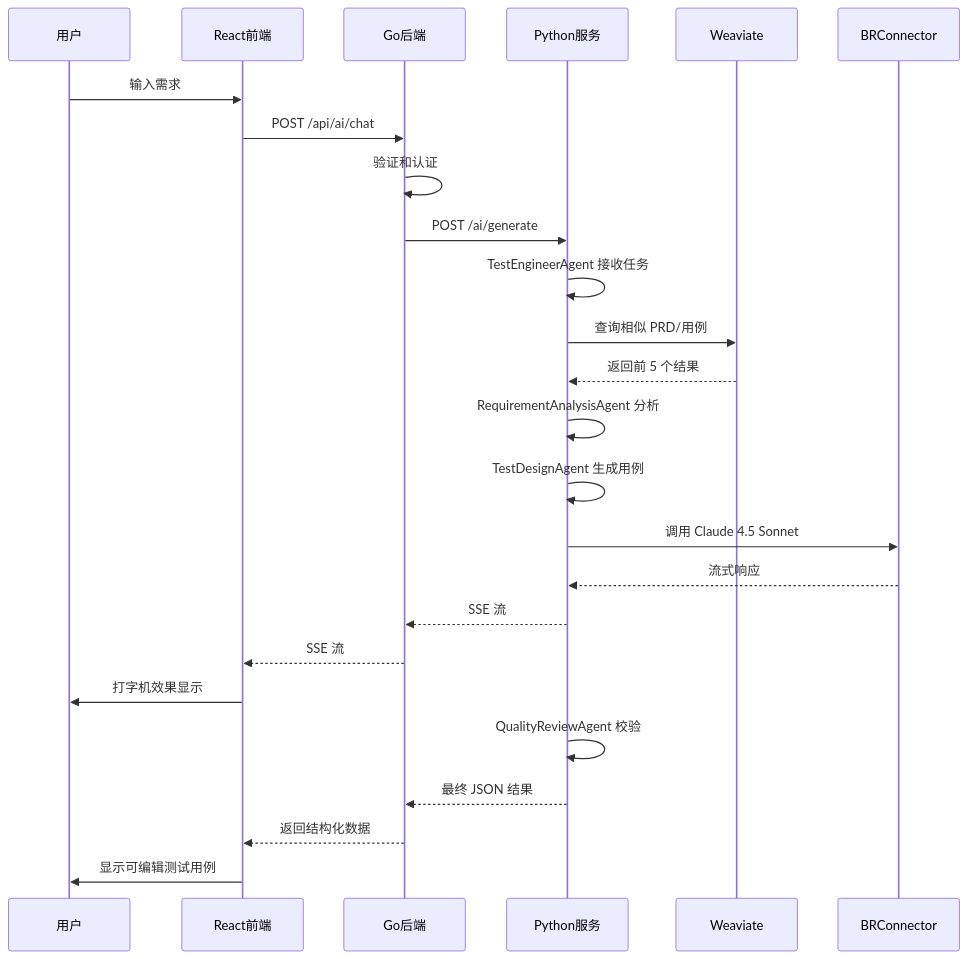
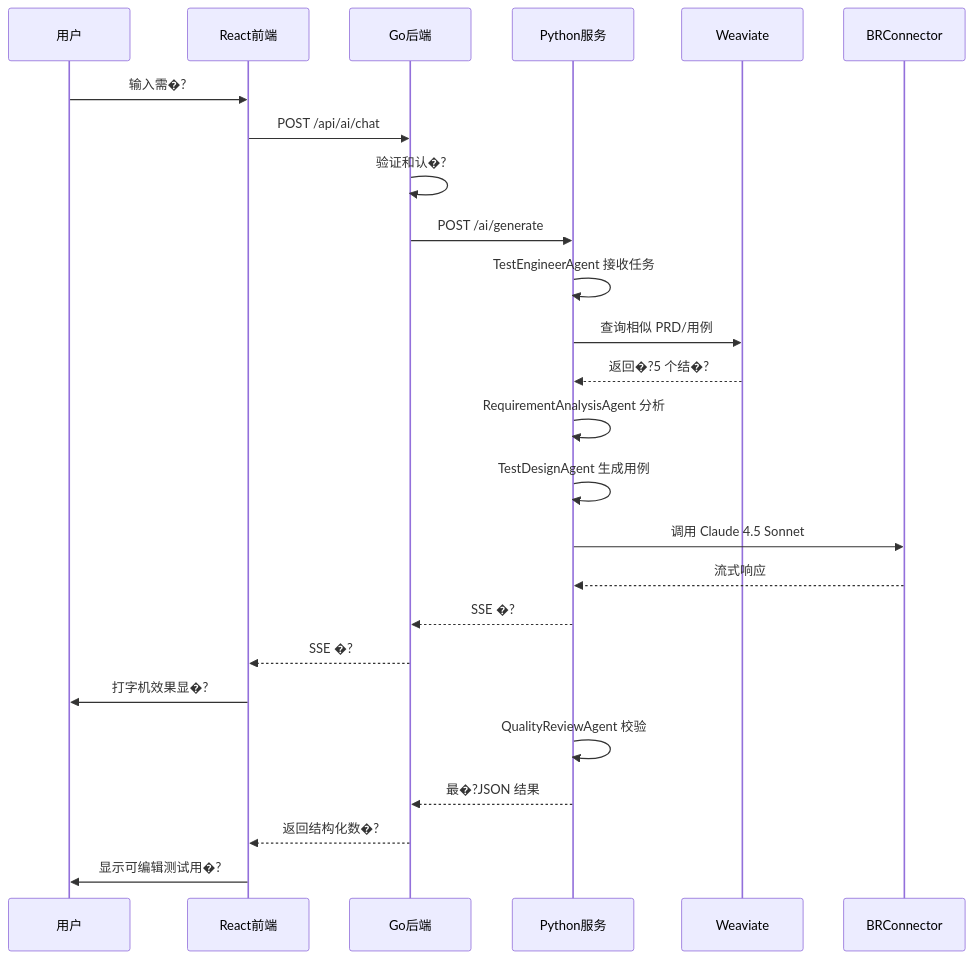
The diagram in .kiro/specs/ai-test-assistant/design.md (Yinkun-Cheng/RAG), drawn with Mermaid before and after one commit. The commit also changed other lines of this file and 8 other files, not shown here.

````diff
--- a/.kiro/specs/ai-test-assistant/design.md
+++ b/.kiro/specs/ai-test-assistant/design.md
@@ -85,28 +90,28 @@
 ```mermaid
 sequenceDiagram
     participant 用户
     participant React前端
     participant Go后端
     participant Python服务
     participant Weaviate
     participant BRConnector
     
-    用户->>React前端: 输入需求
+    用户->>React前端: 输入需�?
     React前端->>Go后端: POST /api/ai/chat
-    Go后端->>Go后端: 验证和认证
+    Go后端->>Go后端: 验证和认�?
     Go后端->>Python服务: POST /ai/generate
     Python服务->>Python服务: TestEngineerAgent 接收任务
     Python服务->>Weaviate: 查询相似 PRD/用例
-    Weaviate-->>Python服务: 返回前 5 个结果
+    Weaviate-->>Python服务: 返回�?5 个结�?
     Python服务->>Python服务: RequirementAnalysisAgent 分析
     Python服务->>Python服务: TestDesignAgent 生成用例
     Python服务->>BRConnector: 调用 Claude 4.5 Sonnet
     BRConnector-->>Python服务: 流式响应
-    Python服务-->>Go后端: SSE 流
-    Go后端-->>React前端: SSE 流
-    React前端->>用户: 打字机效果显示
+    Python服务-->>Go后端: SSE �?
+    Go后端-->>React前端: SSE �?
+    React前端->>用户: 打字机效果显�?
     Python服务->>Python服务: QualityReviewAgent 校验
-    Python服务-->>Go后端: 最终 JSON 结果
-    Go后端-->>React前端: 返回结构化数据
-    React前端->>用户: 显示可编辑测试用例
+    Python服务-->>Go后端: 最�?JSON 结果
+    Go后端-->>React前端: 返回结构化数�?
+    React前端->>用户: 显示可编辑测试用�?
 ```
````
